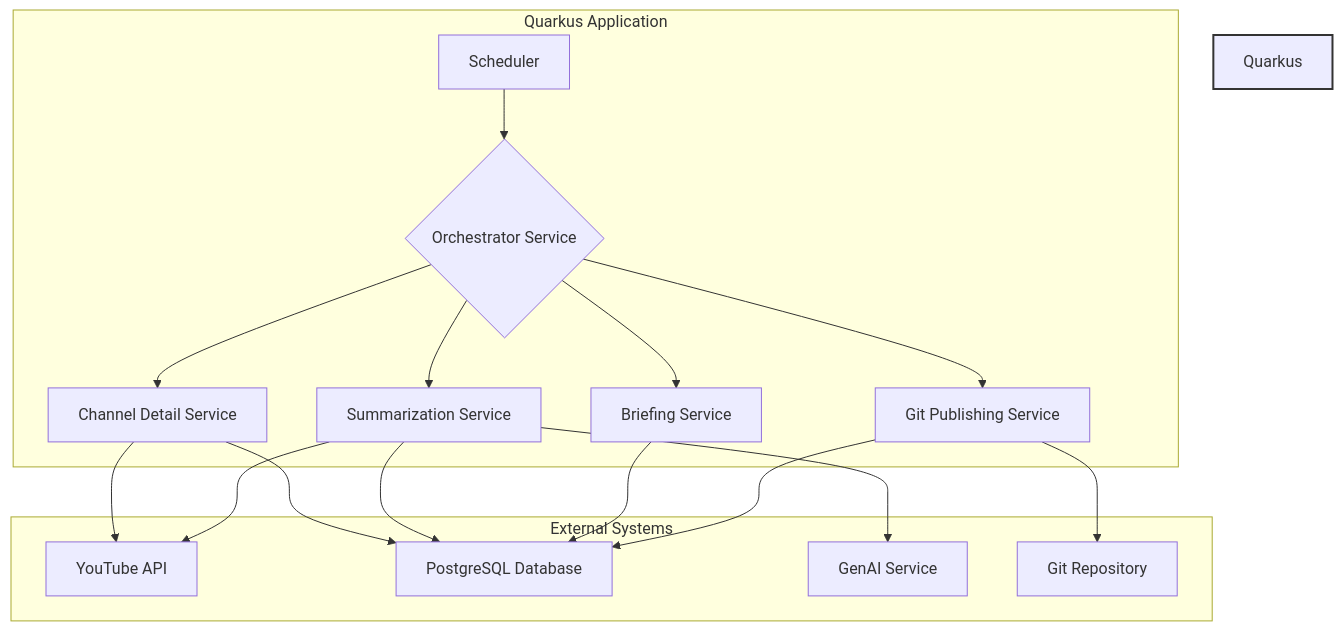
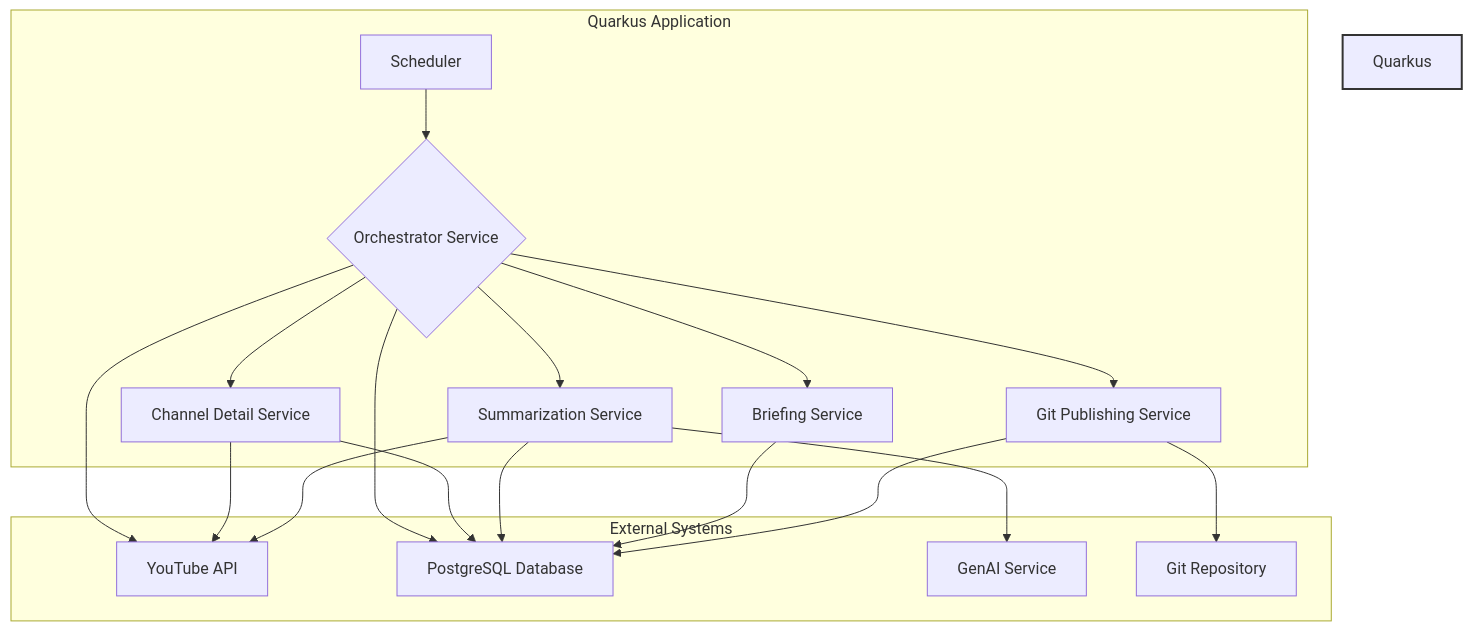
One commit to sjuresa/povzetkar changed the diagram in docs/overview/architecture_overview.md. Above: the diagram before and after it, drawn with Mermaid.

Commit message:
feat(docs): Update architecture diagram
POV-55

````diff
--- a/docs/overview/architecture_overview.md
+++ b/docs/overview/architecture_overview.md
@@ -17,29 +17,31 @@
 ```mermaid
 graph TD
     subgraph Quarkus Application
         A[Scheduler] --> B{Orchestrator Service};
         B --> C[Channel Detail Service];
         B --> D[Summarization Service];
         B --> E[Briefing Service];
         B --> F[Git Publishing Service];
     end
 
     subgraph External Systems
         G[YouTube API]
         H[PostgreSQL Database]
         I[GenAI Service]
         J[Git Repository]
     end
 
+    B --> G;
     C --> G;
     D --> G;
     D --> I;
     F --> J;
 
+    B --> H;
     C --> H;
     D --> H;
     E --> H;
     F --> H;
 
     style Quarkus Application fill:#f9f,stroke:#333,stroke-width:2px
 ```
````
